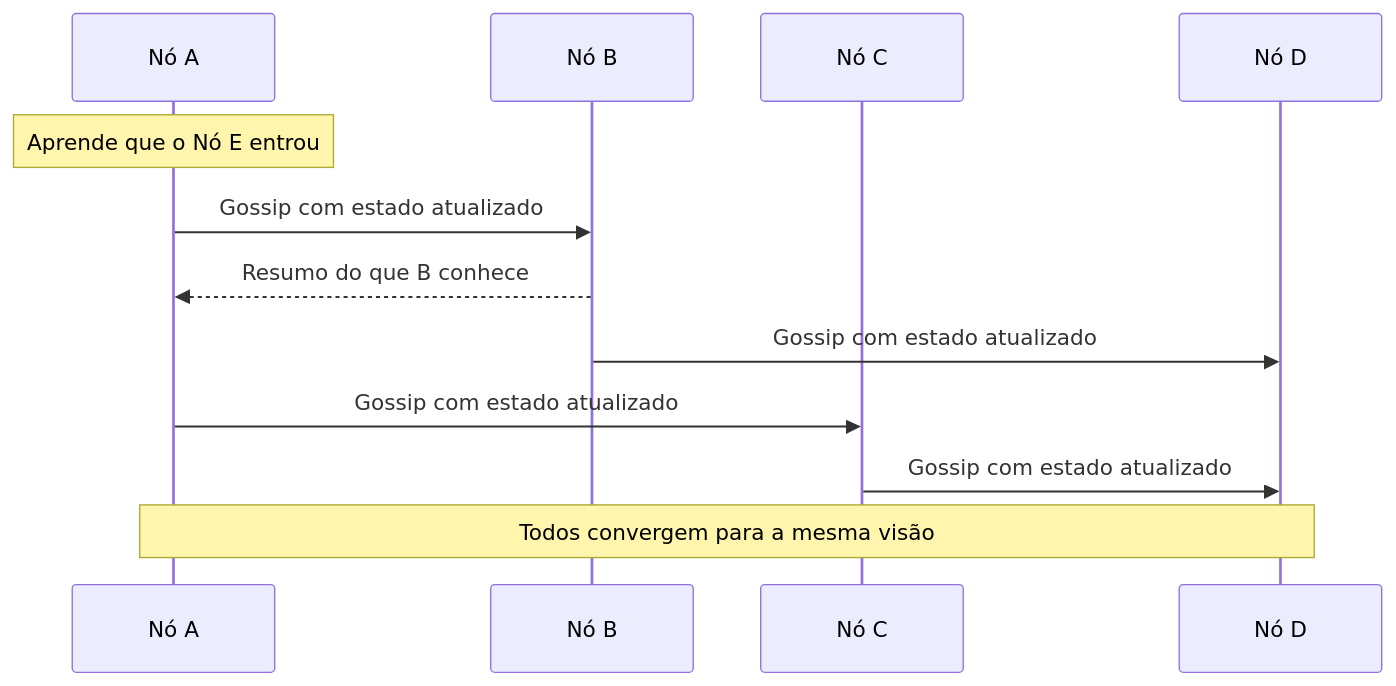
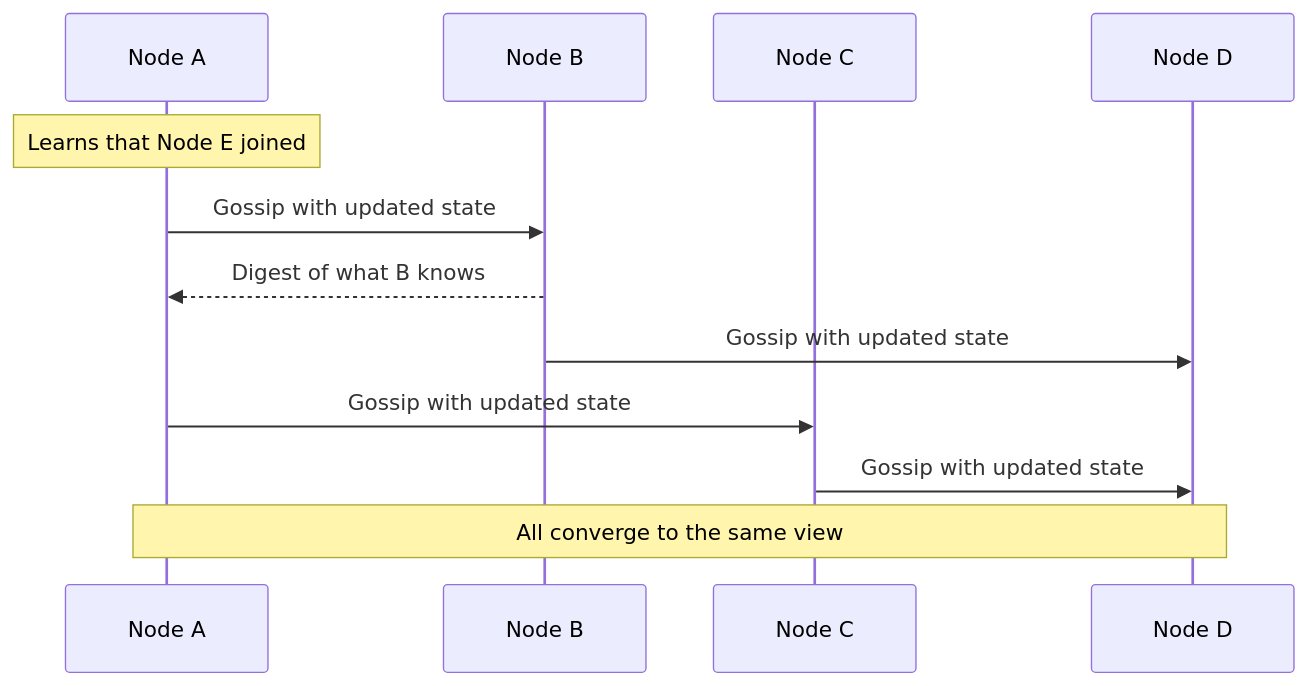
Before and after one commit to alancesar/design-patterns: the diagram in docs/architecture/distributed-systems/cluster-management/gossip-dissemination.md, drawn with Mermaid. The commit also changed 258 other files, not shown here.

First line of the commit message:
Translate Mermaid diagrams to English

````diff
--- a/docs/architecture/distributed-systems/cluster-management/gossip-dissemination.md
+++ b/docs/architecture/distributed-systems/cluster-management/gossip-dissemination.md
@@ -58,14 +58,14 @@
 ```mermaid
 sequenceDiagram
-    participant A as Nó A
-    participant B as Nó B
-    participant C as Nó C
-    participant D as Nó D
-    Note over A: Aprende que o Nó E entrou
-    A->>B: Gossip com estado atualizado
-    B-->>A: Resumo do que B conhece
-    B->>D: Gossip com estado atualizado
-    A->>C: Gossip com estado atualizado
-    C->>D: Gossip com estado atualizado
-    Note over A,D: Todos convergem para a mesma visão
+    participant A as Node A
+    participant B as Node B
+    participant C as Node C
+    participant D as Node D
+    Note over A: Learns that Node E joined
+    A->>B: Gossip with updated state
+    B-->>A: Digest of what B knows
+    B->>D: Gossip with updated state
+    A->>C: Gossip with updated state
+    C->>D: Gossip with updated state
+    Note over A,D: All converge to the same view
 ```
````
